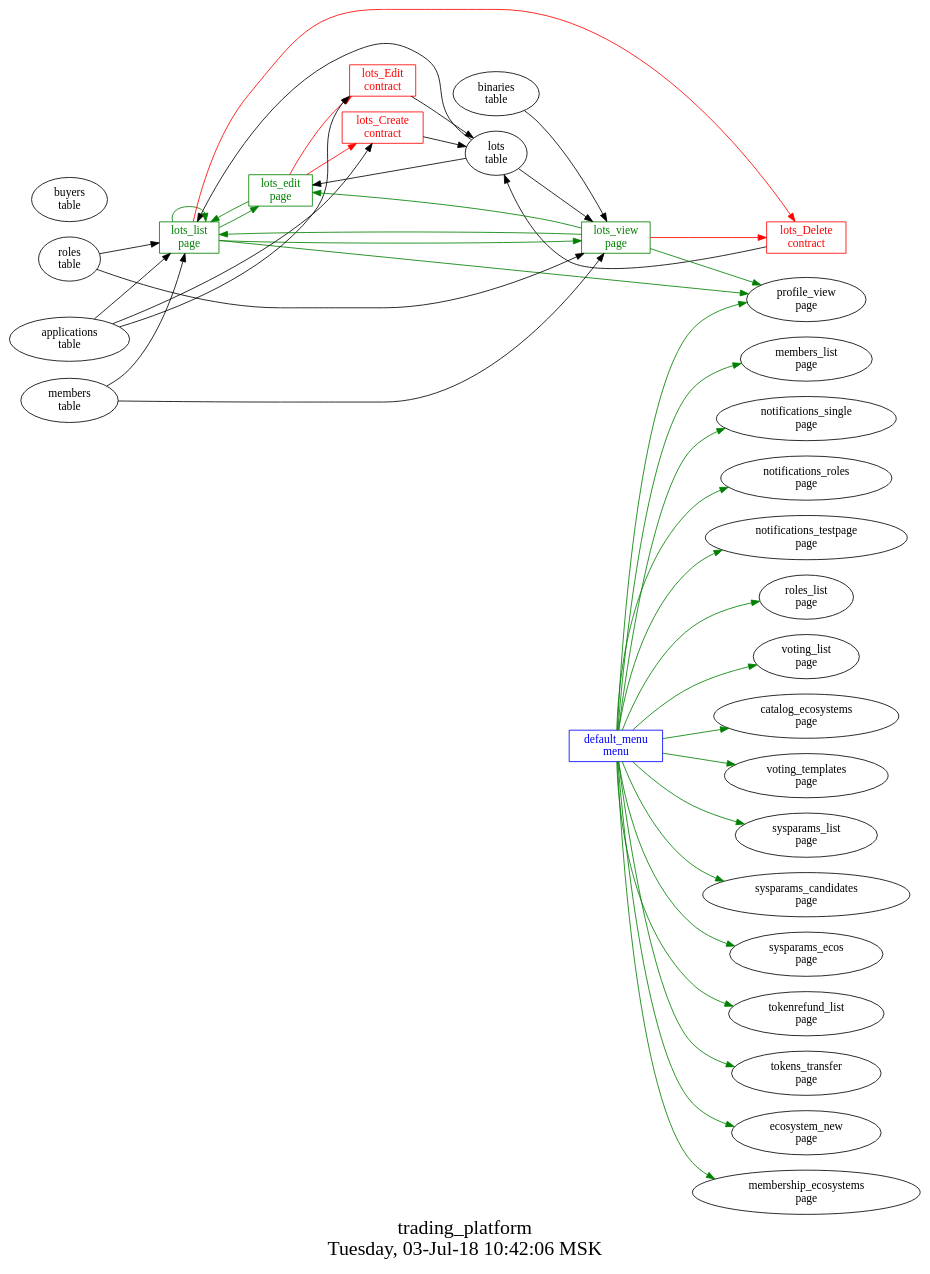
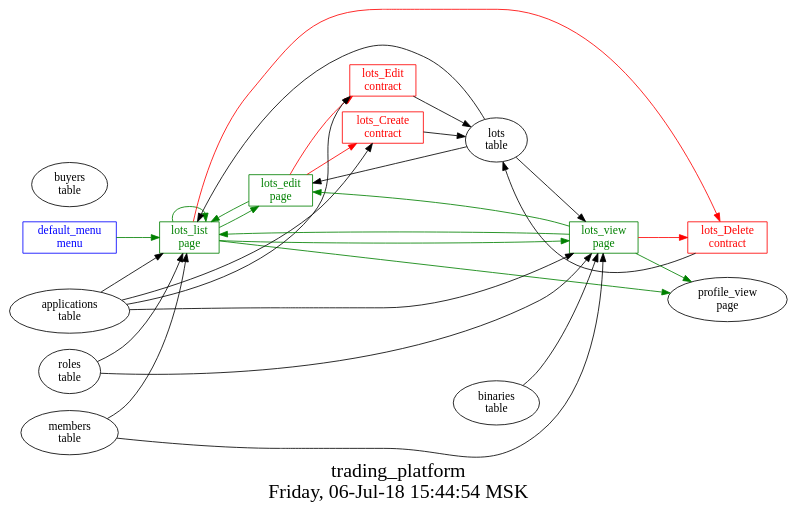
Before and after one commit to AplaProject/apps: the diagram in src/trading_platform/struct.dot, drawn with Graphviz. The commit also changed 40 other files, not shown here.

```diff
--- a/src/trading_platform/struct.dot
+++ b/src/trading_platform/struct.dot
@@ -1,61 +1,47 @@
 digraph G {
 graph [
   fontsize="24";
-  label="trading_platform\nTuesday, 03-Jul-18 10:42:06 MSK";
+  label="trading_platform\nFriday, 06-Jul-18 15:44:54 MSK";
   nojustify=true;
   ordering=out;
   rankdir=LR;
   size="30";
 ];
-"default_menu\nmenu" -> "profile_view\npage"  [ color=green ]
-"default_menu\nmenu" -> "members_list\npage"  [ color=green ]
-"default_menu\nmenu" -> "notifications_single\npage"  [ color=green ]
-"default_menu\nmenu" -> "notifications_roles\npage"  [ color=green ]
-"default_menu\nmenu" -> "notifications_testpage\npage"  [ color=green ]
-"default_menu\nmenu" -> "roles_list\npage"  [ color=green ]
-"default_menu\nmenu" -> "voting_list\npage"  [ color=green ]
-"default_menu\nmenu" -> "catalog_ecosystems\npage"  [ color=green ]
-"default_menu\nmenu" -> "voting_templates\npage"  [ color=green ]
-"default_menu\nmenu" -> "sysparams_list\npage"  [ color=green ]
-"default_menu\nmenu" -> "sysparams_candidates\npage"  [ color=green ]
-"default_menu\nmenu" -> "sysparams_ecos\npage"  [ color=green ]
-"default_menu\nmenu" -> "tokenrefund_list\npage"  [ color=green ]
-"default_menu\nmenu" -> "tokens_transfer\npage"  [ color=green ]
-"default_menu\nmenu" -> "ecosystem_new\npage"  [ color=green ]
-"default_menu\nmenu" -> "membership_ecosystems\npage"  [ color=green ]
+"default_menu\nmenu" -> "lots_list\npage"  [ color=green ]
 "default_menu\nmenu" [color=blue, fontcolor=blue, group=menus, shape=record];
 "lots_edit\npage" -> "lots_Edit\ncontract"  [ color=red ]
 "lots_edit\npage" -> "lots_Create\ncontract"  [ color=red ]
 "lots\ntable" -> "lots_edit\npage"
 "lots_edit\npage" -> "lots_list\npage"  [ color=green ]
 "lots_edit\npage" [color=green, fontcolor=green, group=pages, shape=record];
 "lots_list\npage" -> "lots_Delete\ncontract"  [ color=red ]
+"applications\ntable" -> "lots_list\npage"
 "roles\ntable" -> "lots_list\npage"
-"applications\ntable" -> "lots_list\npage"
 "lots\ntable" -> "lots_list\npage"
 "members\ntable" -> "lots_list\npage"
 "lots_list\npage" -> "lots_edit\npage"  [ color=green ]
 "lots_list\npage" -> "lots_list\npage"  [ color=green ]
 "lots_list\npage" -> "lots_view\npage"  [ color=green ]
 "lots_list\npage" -> "profile_view\npage"  [ color=green ]
 "lots_list\npage" [color=green, fontcolor=green, group=pages, shape=record];
 "lots_view\npage" -> "lots_Delete\ncontract"  [ color=red ]
+"applications\ntable" -> "lots_view\npage"
 "lots\ntable" -> "lots_view\npage"
 "roles\ntable" -> "lots_view\npage"
 "members\ntable" -> "lots_view\npage"
 "binaries\ntable" -> "lots_view\npage"
 "lots_view\npage" -> "profile_view\npage"  [ color=green ]
 "lots_view\npage" -> "lots_list\npage"  [ color=green ]
 "lots_view\npage" -> "lots_edit\npage"  [ color=green ]
 "lots_view\npage" [color=green, fontcolor=green, group=pages, shape=record];
 "lots_Create\ncontract" -> "lots\ntable"  [ color="" ]
 "applications\ntable" -> "lots_Create\ncontract"
 "lots_Create\ncontract" [color=red, fontcolor=red, group=contracts, shape=record];
 "lots_Delete\ncontract" -> "lots\ntable"  [ color="" ]
 "lots_Delete\ncontract" [color=red, fontcolor=red, group=contracts, shape=record];
 "lots_Edit\ncontract" -> "lots\ntable"  [ color="" ]
 "applications\ntable" -> "lots_Edit\ncontract"
 "lots_Edit\ncontract" [color=red, fontcolor=red, group=contracts, shape=record];
 "buyers\ntable" [color="", fontcolor="", group=tables, shape=""];
 "lots\ntable" [color="", fontcolor="", group=tables, shape=""];
 }
```
